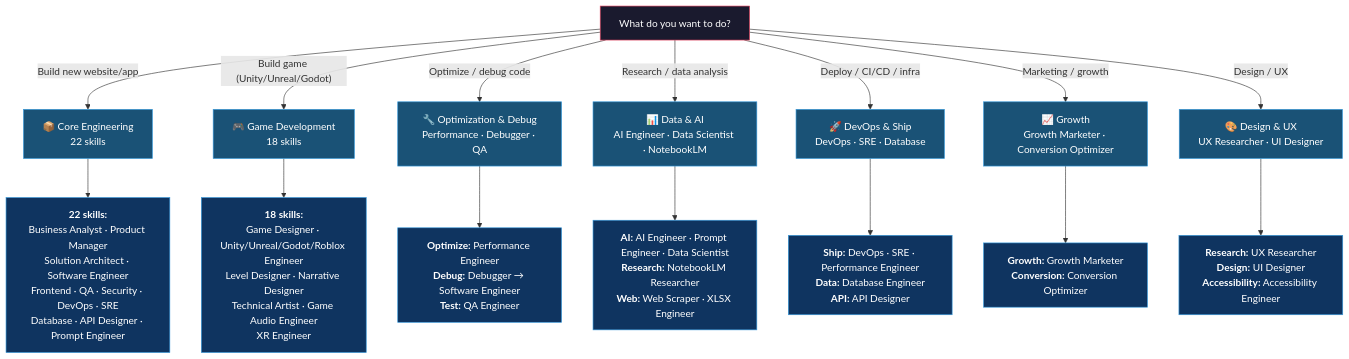
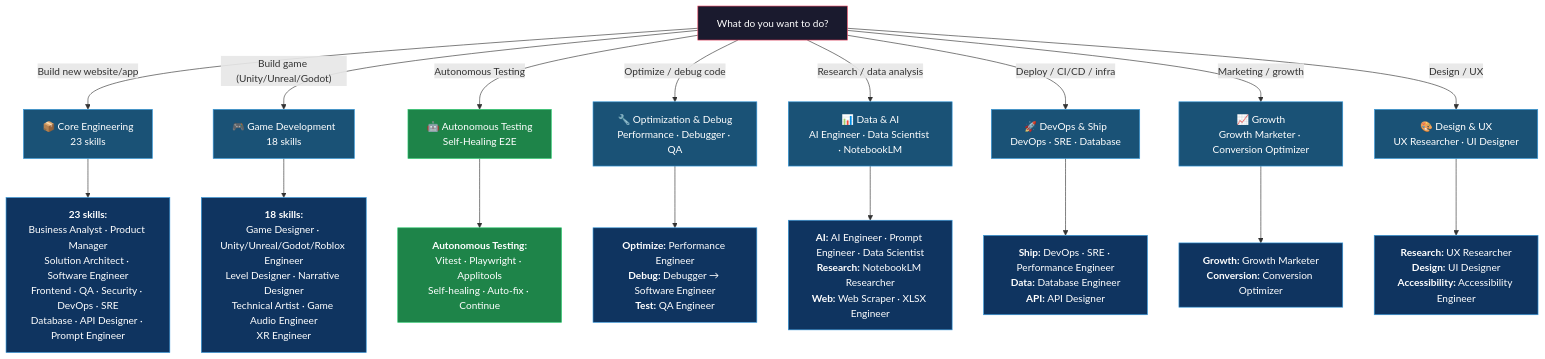
Diagram 18 of 18 in README.md (Exia-thd/Digital-Nervous), drawn with Mermaid before and after one commit. The commit also changed other lines of this file and 691 other files, not shown here.

````diff
--- a/README.md
+++ b/README.md
@@ -791,36 +977,40 @@
 ```mermaid
 flowchart TD
     USER["What do you want to do?"]
 
-    USER --> |"Build new website/app"| SaaS["📦 Core Engineering<br/>22 skills"]
+    USER --> |"Build new website/app"| SaaS["📦 Core Engineering<br/>23 skills"]
     USER --> |"Build game (Unity/Unreal/Godot)"| GAME["🎮 Game Development<br/>18 skills"]
+    USER --> |"Autonomous Testing"| AUT["🤖 Autonomous Testing<br/>Self-Healing E2E"]
     USER --> |"Optimize / debug code"| OPT["🔧 Optimization & Debug<br/>Performance · Debugger · QA"]
     USER --> |"Research / data analysis"| DATA["📊 Data & AI<br/>AI Engineer · Data Scientist · NotebookLM"]
     USER --> |"Deploy / CI/CD / infra"| DEVOPS["🚀 DevOps & Ship<br/>DevOps · SRE · Database"]
     USER --> |"Marketing / growth"| GROW["📈 Growth<br/>Growth Marketer · Conversion Optimizer"]
     USER --> |"Design / UX"| DESIGN["🎨 Design & UX<br/>UX Researcher · UI Designer"]
 
-    SaaS --> SaaS_DETAIL["<b>22 skills:</b><br/>Business Analyst · Product Manager<br/>Solution Architect · Software Engineer<br/>Frontend · QA · Security · DevOps · SRE<br/>Database · API Designer · Prompt Engineer"]
+    SaaS --> SaaS_DETAIL["<b>23 skills:</b><br/>Business Analyst · Product Manager<br/>Solution Architect · Software Engineer<br/>Frontend · QA · Security · DevOps · SRE<br/>Database · API Designer · Prompt Engineer"]
+    AUT --> AUT_DETAIL["<b>Autonomous Testing:</b><br/>Vitest · Playwright · Applitools<br/>Self-healing · Auto-fix · Continue"]
     GAME --> GAME_DETAIL["<b>18 skills:</b><br/>Game Designer · Unity/Unreal/Godot/Roblox Engineer<br/>Level Designer · Narrative Designer<br/>Technical Artist · Game Audio Engineer<br/>XR Engineer"]
     OPT --> OPT_DETAIL["<b>Optimize:</b> Performance Engineer<br/><b>Debug:</b> Debugger → Software Engineer<br/><b>Test:</b> QA Engineer"]
     DATA --> DATA_DETAIL["<b>AI:</b> AI Engineer · Prompt Engineer · Data Scientist<br/><b>Research:</b> NotebookLM Researcher<br/><b>Web:</b> Web Scraper · XLSX Engineer"]
     DEVOPS --> DEVOPS_DETAIL["<b>Ship:</b> DevOps · SRE · Performance Engineer<br/><b>Data:</b> Database Engineer<br/><b>API:</b> API Designer"]
     GROW --> GROW_DETAIL["<b>Growth:</b> Growth Marketer<br/><b>Conversion:</b> Conversion Optimizer"]
     DESIGN --> DESIGN_DETAIL["<b>Research:</b> UX Researcher<br/><b>Design:</b> UI Designer<br/><b>Accessibility:</b> Accessibility Engineer"]
 
     style USER fill:#1a1a2e,stroke:#e94560,color:#fff
     style SaaS fill:#1a5276,stroke:#3498db,color:#fff
+    style AUT fill:#1e8449,stroke:#2ecc71,color:#fff
     style GAME fill:#1a5276,stroke:#3498db,color:#fff
     style OPT fill:#1a5276,stroke:#3498db,color:#fff
     style DATA fill:#1a5276,stroke:#3498db,color:#fff
     style DEVOPS fill:#1a5276,stroke:#3498db,color:#fff
     style GROW fill:#1a5276,stroke:#3498db,color:#fff
     style DESIGN fill:#1a5276,stroke:#3498db,color:#fff
     style SaaS_DETAIL fill:#0f3460,stroke:#3498db,color:#fff
+    style AUT_DETAIL fill:#1e8449,stroke:#2ecc71,color:#fff
     style GAME_DETAIL fill:#0f3460,stroke:#3498db,color:#fff
     style OPT_DETAIL fill:#0f3460,stroke:#3498db,color:#fff
     style DATA_DETAIL fill:#0f3460,stroke:#3498db,color:#fff
     style DEVOPS_DETAIL fill:#0f3460,stroke:#3498db,color:#fff
     style GROW_DETAIL fill:#0f3460,stroke:#3498db,color:#fff
     style DESIGN_DETAIL fill:#0f3460,stroke:#3498db,color:#fff
 ```
````
